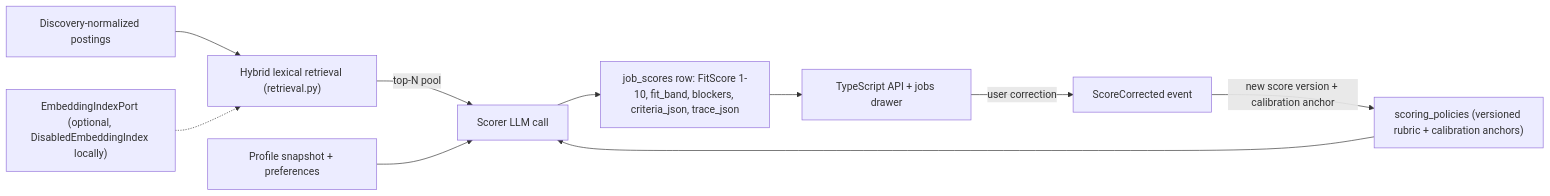
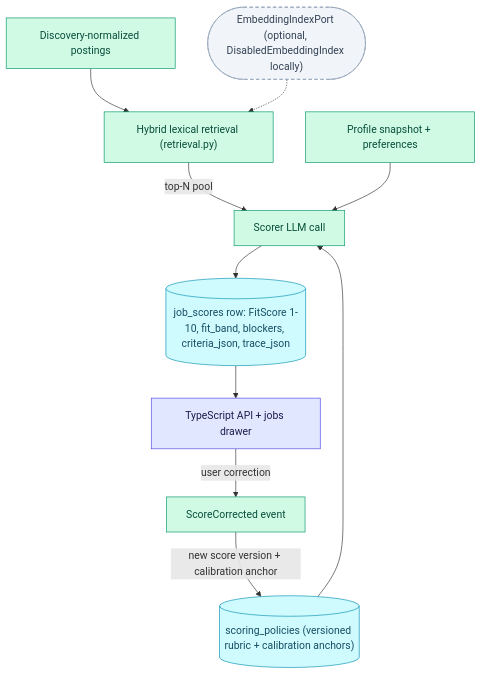
One commit to ebarti/JobCtrl changed the diagram in docs/architecture/scoring.md. Above: the diagram before and after it, drawn with Mermaid. The commit also changed 19 other files, not shown here.

````diff
--- a/docs/architecture/scoring.md
+++ b/docs/architecture/scoring.md
@@ -11,12 +11,21 @@
 ```mermaid
-flowchart LR
+flowchart TD
     D["Discovery-normalized postings"] --> R["Hybrid lexical retrieval (retrieval.py)"]
-    E["EmbeddingIndexPort (optional, DisabledEmbeddingIndex locally)"] -.-> R
+    E(["EmbeddingIndexPort (optional, DisabledEmbeddingIndex locally)"]) -.-> R
     R -->|"top-N pool"| S["Scorer LLM call"]
-    P["scoring_policies (versioned rubric + calibration anchors)"] --> S
+    P[("scoring_policies (versioned rubric + calibration anchors)")] --> S
     PROF["Profile snapshot + preferences"] --> S
-    S --> ROW["job_scores row: FitScore 1-10, fit_band, blockers, criteria_json, trace_json"]
+    S --> ROW[("job_scores row: FitScore 1-10, fit_band, blockers, criteria_json, trace_json")]
     ROW --> UI["TypeScript API + jobs drawer"]
     UI -->|"user correction"| C["ScoreCorrected event"]
     C -->|"new score version + calibration anchor"| P
+
+    classDef ts fill:#e0e7ff,stroke:#4f46e5,color:#1e1b4b
+    classDef py fill:#d1fae5,stroke:#059669,color:#064e3b
+    classDef store fill:#cffafe,stroke:#0891b2,color:#164e63
+    classDef ext fill:#f1f5f9,stroke:#94a3b8,color:#334155,stroke-dasharray:5 4
+    class D,R,S,PROF,C py
+    class P,ROW store
+    class UI ts
+    class E ext
 ```
````
